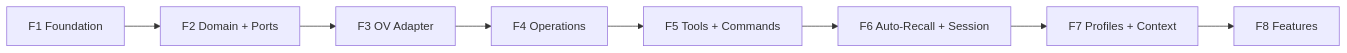
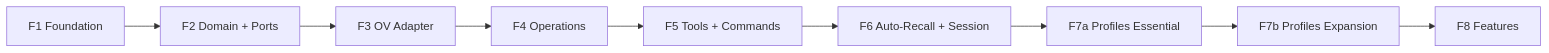
The diagram in docs/02-PLANO.md (4cya/pi-openviking), drawn with Mermaid before and after one commit. The commit also changed other lines of this file and 14 other files, not shown here.

First line of the commit message:
feat: restructure profiles into essential and expansion phases

````diff
--- a/docs/02-PLANO.md
+++ b/docs/02-PLANO.md
@@ -198,10 +240,11 @@
 ```mermaid
 flowchart LR
     F1["F1 Foundation"] --> F2["F2 Domain + Ports"]
     F2 --> F3["F3 OV Adapter"]
     F3 --> F4["F4 Operations"]
     F4 --> F5["F5 Tools + Commands"]
     F5 --> F6["F6 Auto-Recall + Session"]
-    F6 --> F7["F7 Profiles + Context"]
-    F7 --> F8["F8 Features"]
+    F6 --> F7a["F7a Profiles Essential"]
+    F7a --> F7b["F7b Profiles Expansion"]
+    F7b --> F8["F8 Features"]
 ```
````
